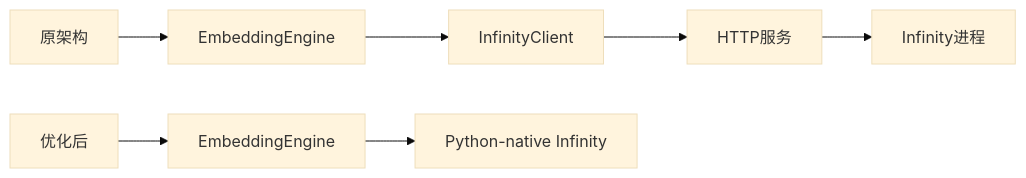
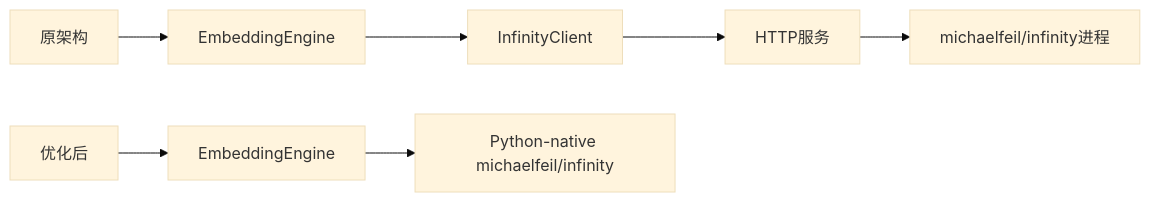
Diagram 25 of 25 in docs/design.md (cr4342/msearch), drawn with Mermaid (base theme) before and after one commit. The commit also changed other lines of this file and 106 other files, not shown here.

````diff
--- a/docs/design.md
+++ b/docs/design.md
@@ -4210,10 +4216,10 @@
 ```mermaid
 graph LR
     A[原架构] --> A1[EmbeddingEngine]
     A1 --> A2[InfinityClient]
     A2 --> A3[HTTP服务]
-    A3 --> A4[Infinity进程]
+    A3 --> A4[michaelfeil/infinity进程]
     
     B[优化后] --> B1[EmbeddingEngine]
-    B1 --> B2[Python-native Infinity]
+    B1 --> B2[Python-native michaelfeil/infinity]
 ```
````
